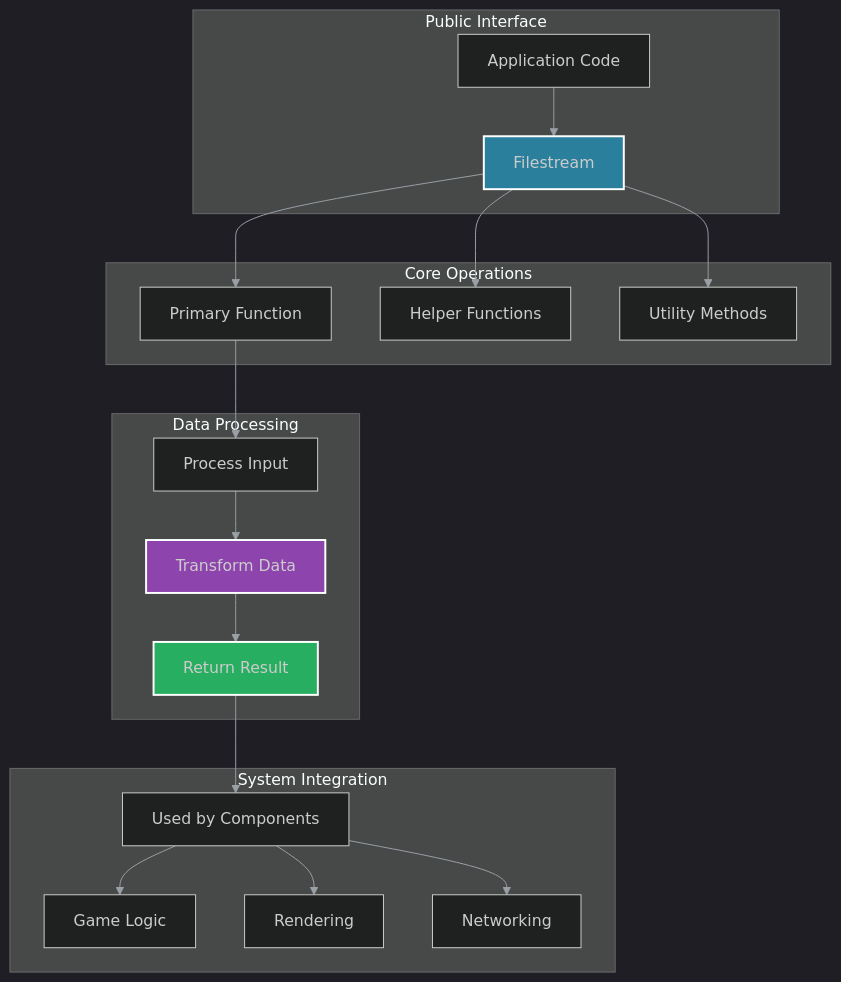
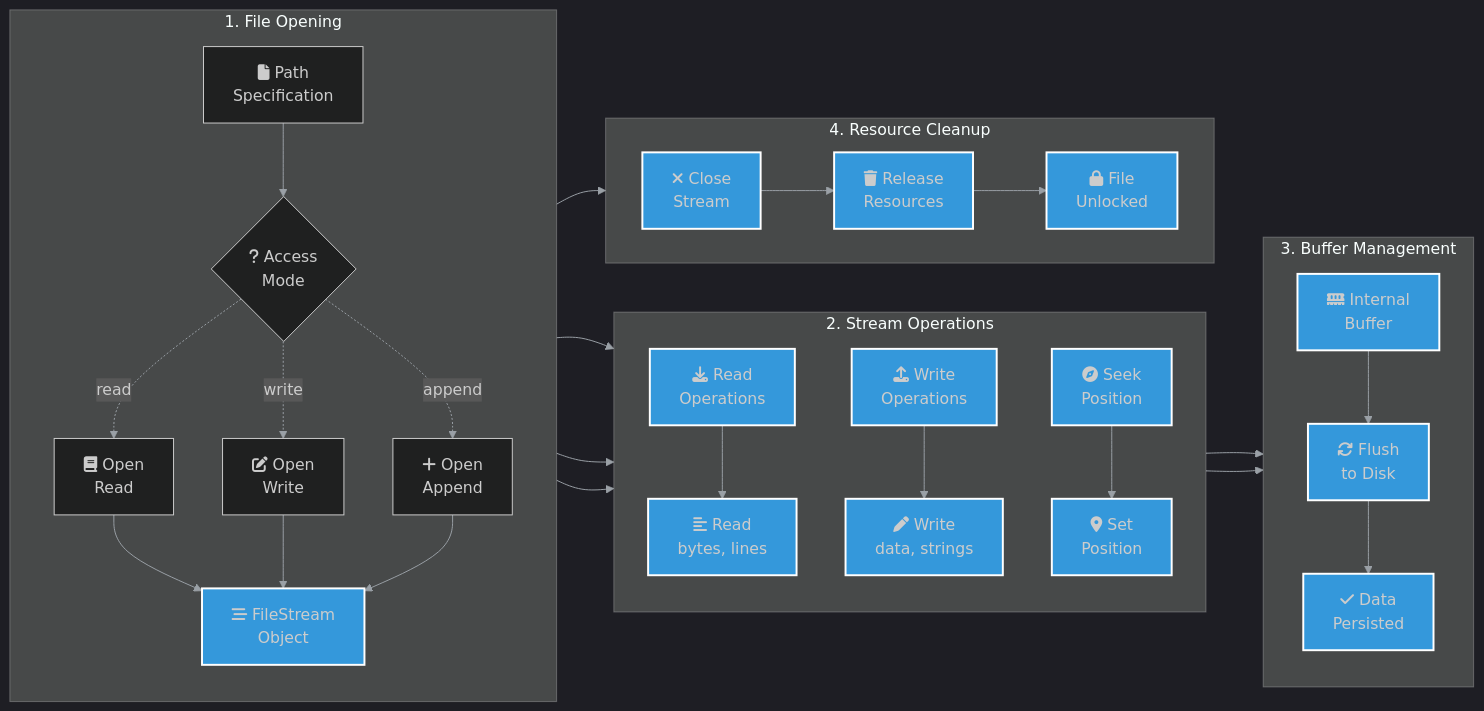
The diagram in docs/authoring/01_core/api/cpp/framework/diagrams/filestream.mmd (lukaszj321/otcv8-dev), drawn with Mermaid before and after one commit. The commit also changed 2 other files, not shown here.

Commit message:
docs(diagrams): redesign 3 more diagrams - asyncdispatcher, otmlnode, filestream
Redesigned with unique story-driven approach:
- asyncdispatcher.mmd: Task queue → dispatcher → execution → callback workflow
- otmlnode.mmd: Config loading → tree structure → operations → persistence
- filestream.mmd: File open → stream ops → buffering → resource cleanup

All diagrams feature:
- Architectural layer colors (Core=Blue #3498db)
- Font Awesome icons for component identification
- Descriptive labels with line breaks
- Clear 4-phase subgraph grouping
- Unique design matching class function

Total completed: 11/223 diagrams

```diff
--- a/docs/authoring/01_core/api/cpp/framework/diagrams/filestream.mmd
+++ b/docs/authoring/01_core/api/cpp/framework/diagrams/filestream.mmd
@@ -1,28 +1,43 @@
 %%{init: {'theme':'dark','themeVariables': {'primaryTextColor':'#ddd','lineColor':'#9aa0a6'},'securityLevel':'loose'}}%%
-graph TD
-    subgraph Interface["Public Interface"]
-        A[Application Code] --> B[Filestream]
+graph LR
+    subgraph Open["1. File Opening"]
+        direction TB
+        A["fa:fa-file Path<br/>Specification"] --> B{"fa:fa-question Access<br/>Mode"}
+        B -.read.-> C["fa:fa-book Open<br/>Read"]
+        B -.write.-> D["fa:fa-edit Open<br/>Write"]
+        B -.append.-> E["fa:fa-plus Open<br/>Append"]
+        C --> F["fa:fa-stream FileStream<br/>Object"]
+        D --> F
+        E --> F
     end
 
-    subgraph Operations["Core Operations"]
-        B --> C[Primary Function]
-        B --> D[Helper Functions]
-        B --> E[Utility Methods]
+    subgraph Operations["2. Stream Operations"]
+        direction TB
+        F --> G["fa:fa-download Read<br/>Operations"]
+        F --> H["fa:fa-upload Write<br/>Operations"]
+        F --> I["fa:fa-compass Seek<br/>Position"]
+        G --> J["fa:fa-align-left Read<br/>bytes, lines"]
+        H --> K["fa:fa-pen Write<br/>data, strings"]
+        I --> L["fa:fa-map-marker-alt Set<br/>Position"]
     end
 
-    subgraph Processing["Data Processing"]
-        C --> F[Process Input]
-        F --> G[Transform Data]
-        G --> H[Return Result]
+    subgraph Buffering["3. Buffer Management"]
+        direction TB
+        J --> M["fa:fa-memory Internal<br/>Buffer"]
+        K --> M
+        M --> N["fa:fa-sync Flush<br/>to Disk"]
+        N --> O["fa:fa-check Data<br/>Persisted"]
     end
 
-    subgraph Integration["System Integration"]
-        H --> I[Used by Components]
-        I --> J[Game Logic]
-        I --> K[Rendering]
-        I --> L[Networking]
+    subgraph Close["4. Resource Cleanup"]
+        direction LR
+        F --> P["fa:fa-times Close<br/>Stream"]
+        P --> Q["fa:fa-trash Release<br/>Resources"]
+        Q --> R["fa:fa-lock File<br/>Unlocked"]
     end
 
-    style B fill:#2a7f9c,stroke:#fff,stroke-width:2px
-    style G fill:#8e44ad,stroke:#fff,stroke-width:2px
-    style H fill:#27ae60,stroke:#fff,stroke-width:2px
+    %% Architectural Layer Colors
+    classDef core fill:#3498db,stroke:#fff,stroke-width:2px
+    
+    %% Apply styles
+    class F,G,H,I,J,K,L,M,N,O,P,Q,R core
```
